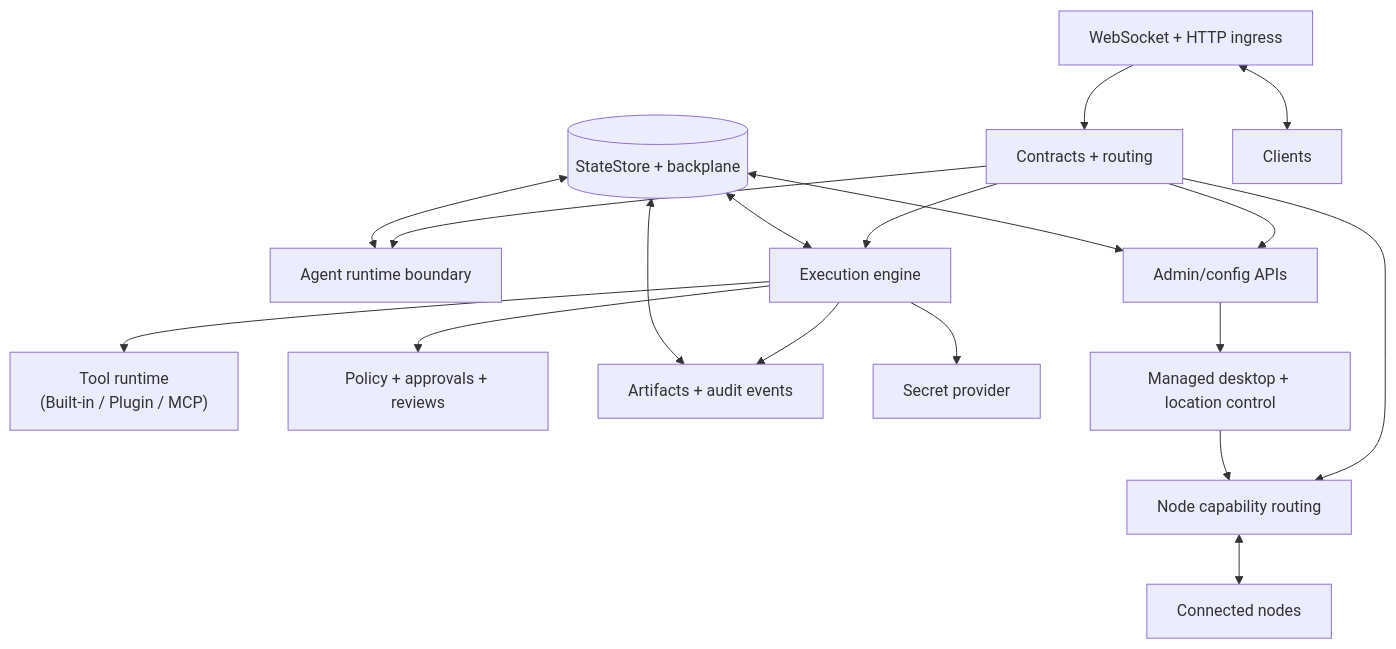
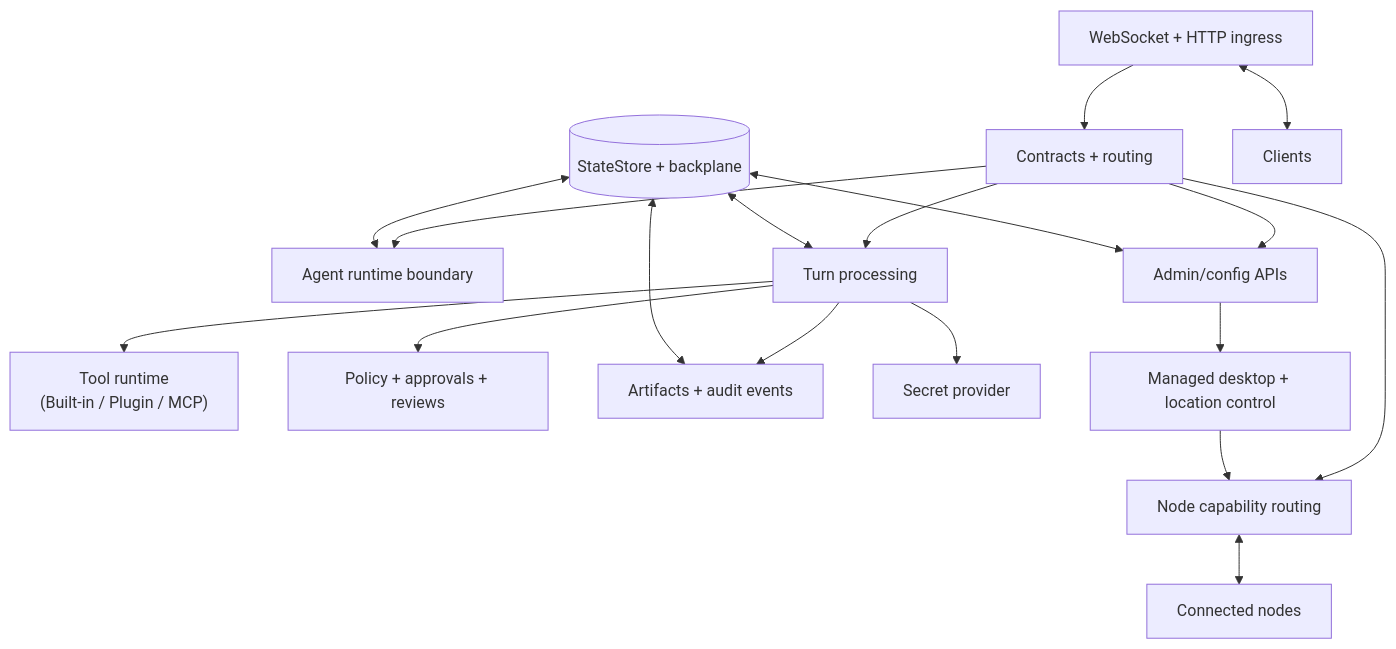
The diagram in docs/architecture/gateway/index.md (tyrumai/tyrum), drawn with Mermaid before and after one commit. The commit also changed other lines of this file and 56 other files, not shown here.

Commit message:
docs: rewrite architecture around conversations and turns (#1829)

````diff
--- a/docs/architecture/gateway/index.md
+++ b/docs/architecture/gateway/index.md
@@ -13,25 +13,25 @@
 ```mermaid
 flowchart TB
   WS["WebSocket + HTTP ingress"] --> ROUTER["Contracts + routing"]
 
   ROUTER --> AGENT["Agent runtime boundary"]
-  ROUTER --> ENGINE["Execution engine"]
+  ROUTER --> TURNS["Turn processing"]
   ROUTER --> NODE["Node capability routing"]
   ROUTER --> ADMIN["Admin/config APIs"]
 
-  ENGINE --> TOOLS["Tool runtime<br/>(Built-in / Plugin / MCP)"]
-  ENGINE --> POLICY["Policy + approvals + reviews"]
-  ENGINE --> ART["Artifacts + audit events"]
-  ENGINE --> SECRETS["Secret provider"]
+  TURNS --> TOOLS["Tool runtime<br/>(Built-in / Plugin / MCP)"]
+  TURNS --> POLICY["Policy + approvals + reviews"]
+  TURNS --> ART["Artifacts + audit events"]
+  TURNS --> SECRETS["Secret provider"]
 
   ADMIN --> DESK["Managed desktop + location control"]
   DESK --> NODE
 
   DB[("StateStore + backplane")] <--> AGENT
-  DB <--> ENGINE
+  DB <--> TURNS
   DB <--> ART
   DB <--> ADMIN
 
   NODE <--> PEERS["Connected nodes"]
   WS <--> CLIENTS["Clients"]
 ```
````
